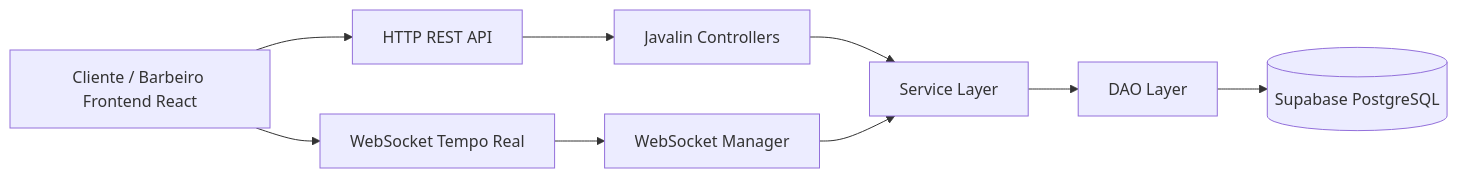
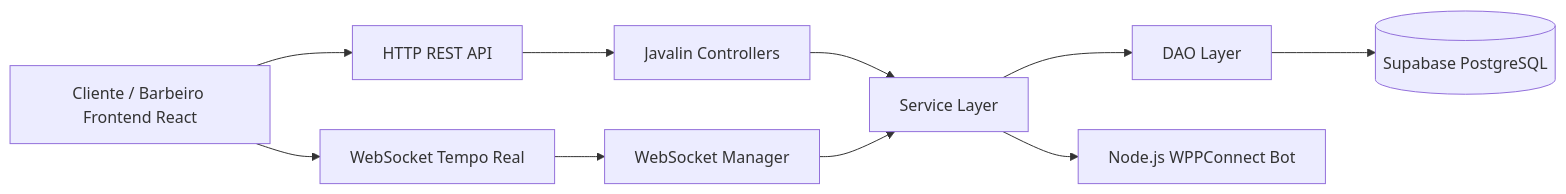
Before and after one commit to AndersonFQueiroz/NextCut: the first of 4 diagrams in README.md, drawn with Mermaid. The commit also changed other lines of this file and 14 other files, not shown here.

````diff
--- a/README.md
+++ b/README.md
@@ -121,11 +125,12 @@
 ```mermaid
 flowchart LR
     A[Cliente / Barbeiro Frontend React] --> B[HTTP REST API]
     A --> C[WebSocket Tempo Real]
     B --> D[Javalin Controllers]
     C --> E[WebSocket Manager]
     D --> F[Service Layer]
     E --> F
     F --> G[DAO Layer]
     G --> H[(Supabase PostgreSQL)]
+    F --> W[Node.js WPPConnect Bot]
 ```
````
